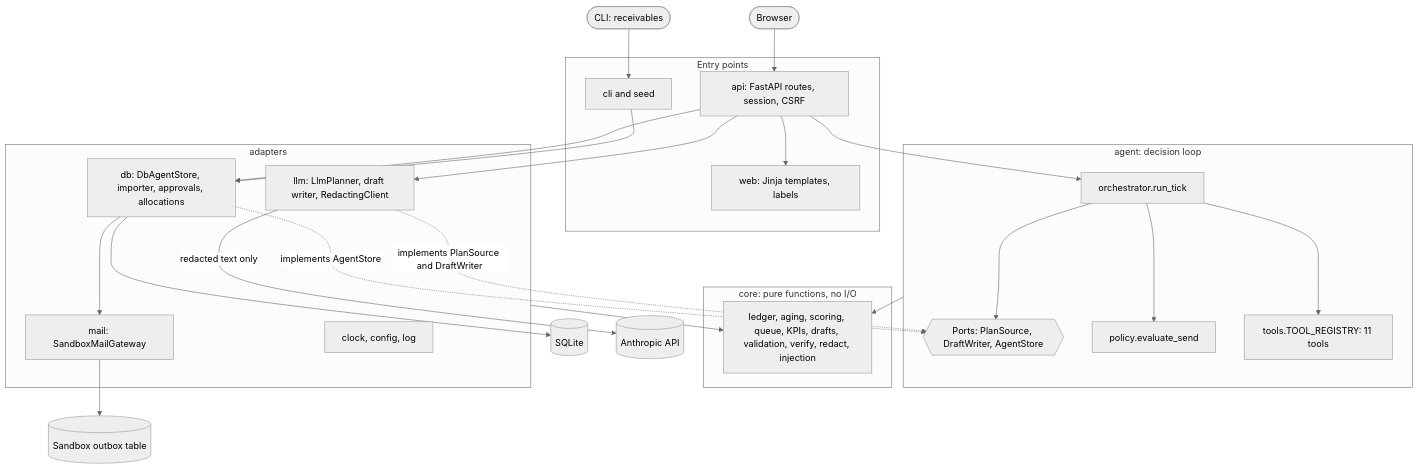
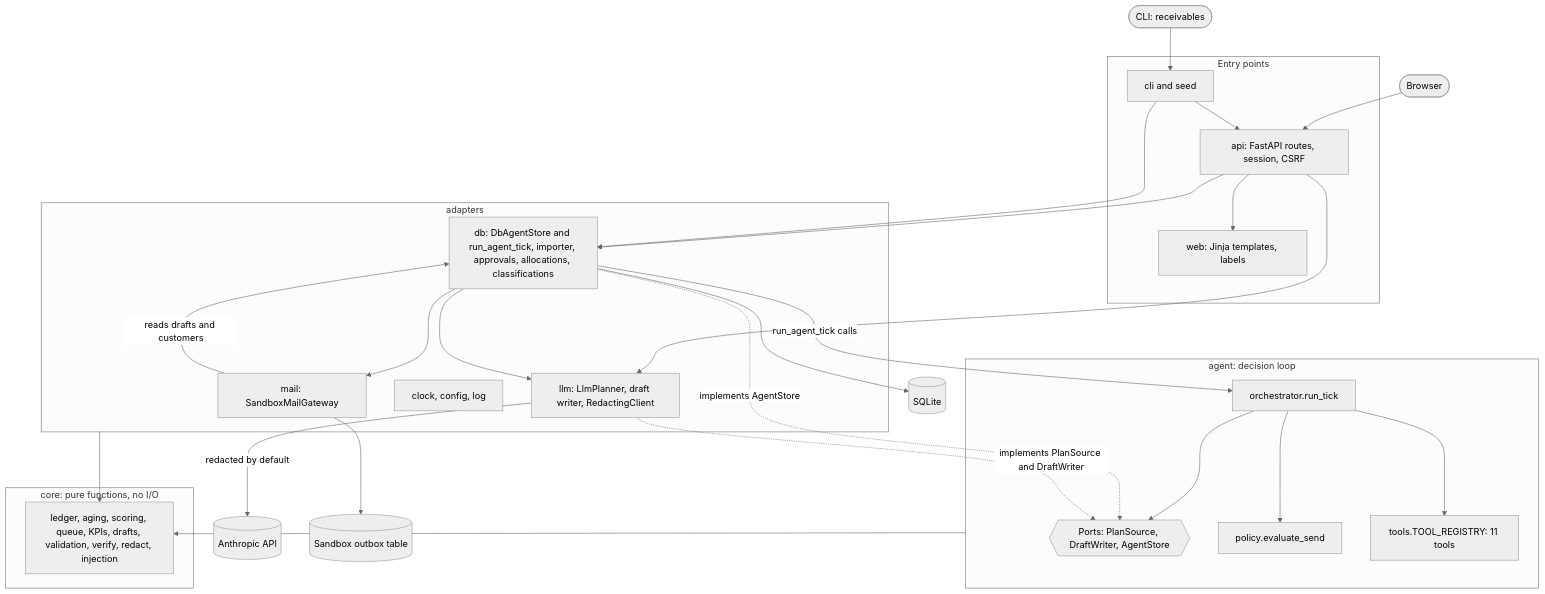
Before and after one commit to aha2003/receivables-agent: the first of 3 diagrams in docs/ARCHITECTURE.md, drawn with Mermaid (neutral theme). The commit also changed other lines of this file and 2 other files, not shown here.

Commit message:
[C1.03] Spec review: only sends pass the policy engine; no-planner path, case opening and send failures in the tick; entry points through run_agent_tick; stricter drift test (every package, every import form, every arrow form)

````diff
--- a/docs/ARCHITECTURE.md
+++ b/docs/ARCHITECTURE.md
@@ -9,44 +9,47 @@
 ```mermaid
 flowchart TB
   browser([Browser]) --> api
   cliEntry([CLI: receivables]) --> cli
   subgraph entry [Entry points]
     api[api: FastAPI routes, session, CSRF]
     web[web: Jinja templates, labels]
     cli[cli and seed]
   end
   subgraph agentLayer [agent: decision loop]
     orchestrator[orchestrator.run_tick]
     ports{{Ports: PlanSource, DraftWriter, AgentStore}}
     policyEngine[policy.evaluate_send]
     registry[tools.TOOL_REGISTRY: 11 tools]
   end
   subgraph coreLayer [core: pure functions, no I/O]
     core[ledger, aging, scoring, queue, KPIs, drafts, validation, verify, redact, injection]
   end
   subgraph adapters [adapters]
-    db[db: DbAgentStore, importer, approvals, allocations]
+    db[db: DbAgentStore and run_agent_tick, importer, approvals, allocations, classifications]
     llm[llm: LlmPlanner, draft writer, RedactingClient]
     mail[mail: SandboxMailGateway]
     clock[clock, config, log]
   end
   sqlite[(SQLite)]
   anthropic[(Anthropic API)]
   outbox[(Sandbox outbox table)]
   api --> web
   api --> db
   api --> llm
-  api --> orchestrator
+  cli --> api
   cli --> db
+  db -- run_agent_tick calls --> orchestrator
+  db --> llm
+  db --> mail
+  mail -- reads drafts and customers --> db
   orchestrator --> ports
   orchestrator --> policyEngine
   orchestrator --> registry
   agentLayer --> core
   db -. implements AgentStore .-> ports
   llm -. implements PlanSource and DraftWriter .-> ports
   db --> sqlite
-  llm -- redacted text only --> anthropic
+  llm -- redacted by default --> anthropic
   mail --> outbox
-  db --> mail
   adapters --> core
 ```
````
